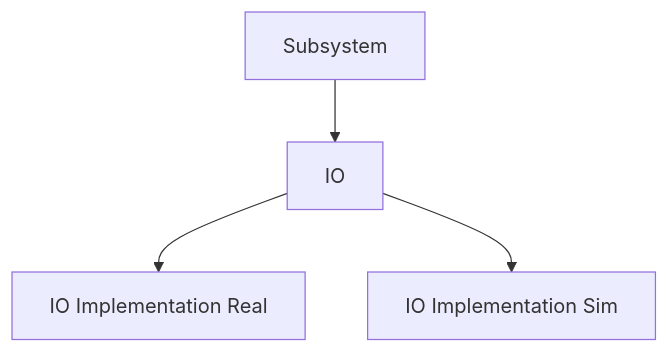
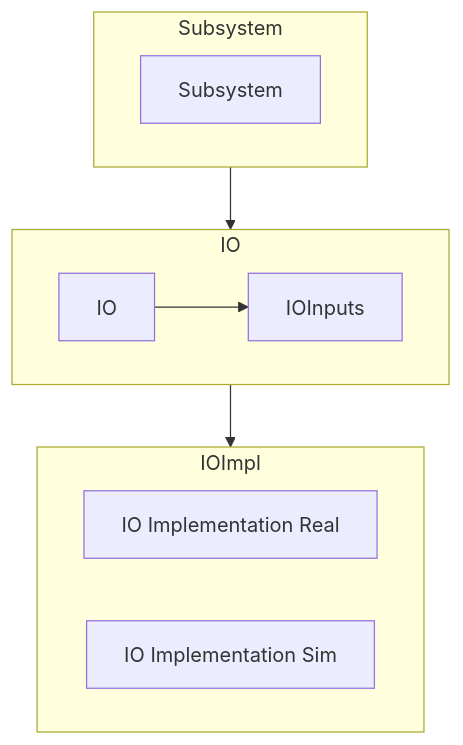
Before and after one commit to HighlanderRobotics/Highlanders-Training: the first of 3 diagrams in AKitStructureReference.md, drawn with Mermaid. The commit also changed other lines of this file, not shown here.

````diff
--- a/AKitStructureReference.md
+++ b/AKitStructureReference.md
@@ -8,6 +8,16 @@
 ```mermaid
 flowchart TD
-    A[Subsystem]-->B[IO]
-    B-->C[IO Implementation Real]
-    B-->D[IO Implementation Sim]
+    subgraph Subsystem
+        A[Subsystem]
+    end
+    Subsystem-->IO
+    subgraph IO
+        direction LR
+        B[IO]-->E[IOInputs]
+    end
+    IO-->IOImpl
+    subgraph IOImpl
+        C[IO Implementation Real]
+        D[IO Implementation Sim]
+    end
 ```
````
